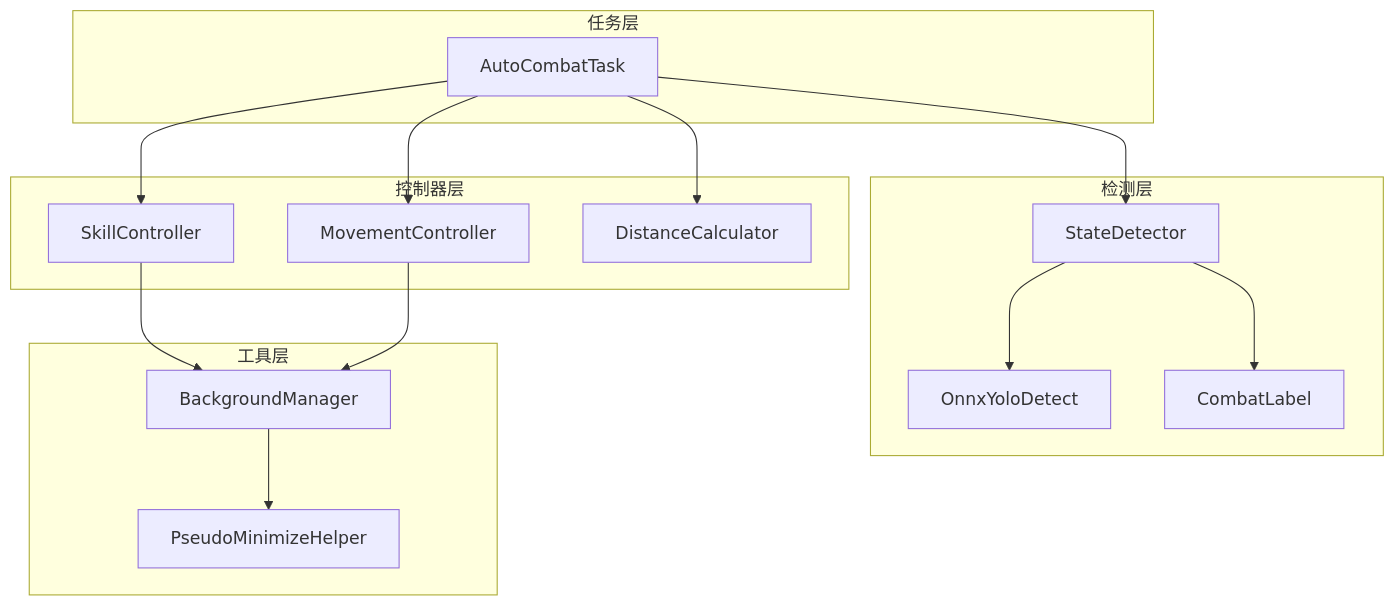
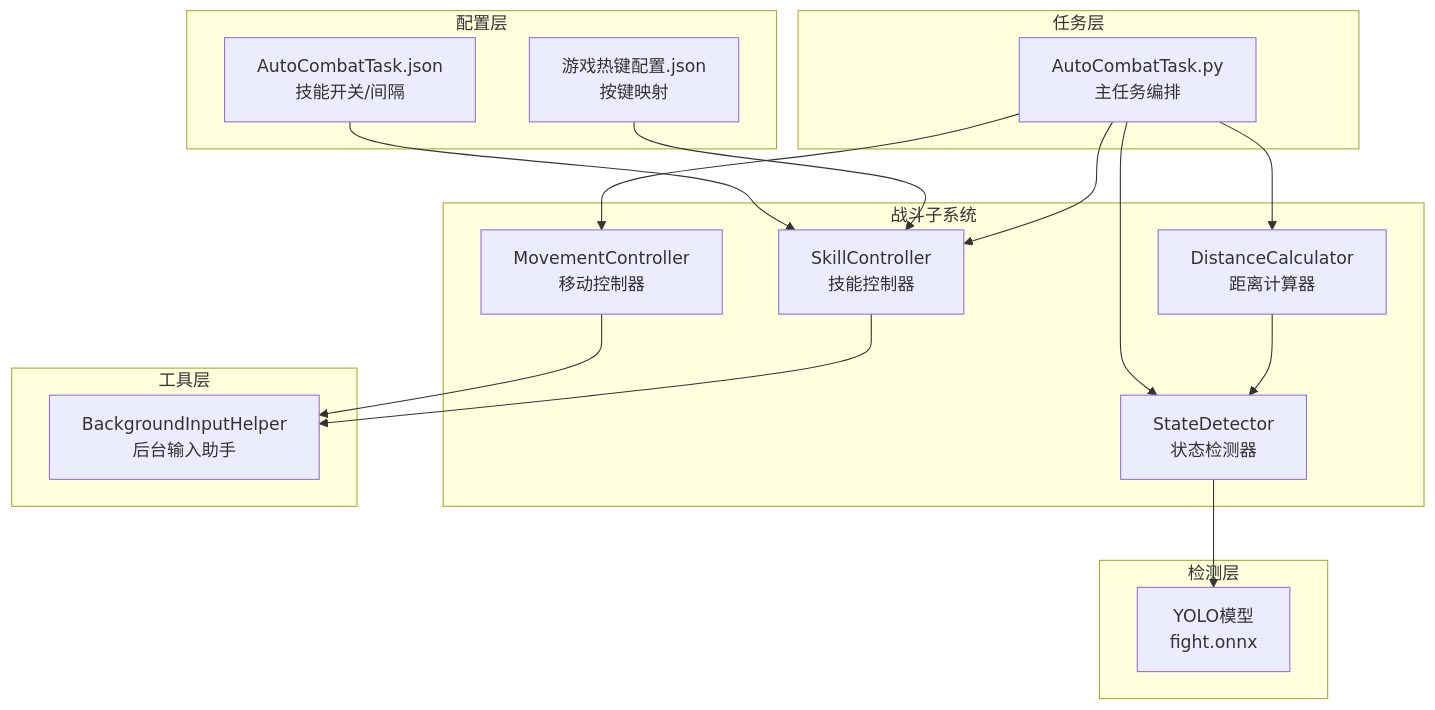
One commit to xsy098-max/ok-jump changed the first of 6 diagrams in .qoder/repowiki/zh/content/战斗系统/战斗系统.md. Above: the diagram before and after it, drawn with Mermaid. The commit also changed other lines of this file and 216 other files, not shown here.

````diff
--- a/.qoder/repowiki/zh/content/战斗系统/战斗系统.md
+++ b/.qoder/repowiki/zh/content/战斗系统/战斗系统.md
@@ -41,29 +41,32 @@
 ```mermaid
 graph TB
+subgraph "配置层"
+CFG1["AutoCombatTask.json<br/>技能开关/间隔"]
+CFG2["游戏热键配置.json<br/>按键映射"]
+end
 subgraph "任务层"
-T1[AutoCombatTask]
+T["AutoCombatTask.py<br/>主任务编排"]
 end
-subgraph "控制器层"
-C1[SkillController]
-C2[MovementController]
-C3[DistanceCalculator]
+subgraph "战斗子系统"
+SD["StateDetector<br/>状态检测器"]
+MC["MovementController<br/>移动控制器"]
+SC["SkillController<br/>技能控制器"]
+DC["DistanceCalculator<br/>距离计算器"]
+end
+subgraph "工具层"
+BIH["BackgroundInputHelper<br/>后台输入助手"]
 end
 subgraph "检测层"
-D1[StateDetector]
-D2[OnnxYoloDetect]
-D3[CombatLabel]
+YOLO["YOLO模型<br/>fight.onnx"]
 end
-subgraph "工具层"
-U1[BackgroundManager]
-U2[PseudoMinimizeHelper]
-end
-T1 --> D1
-T1 --> C2
-T1 --> C1
-T1 --> C3
-D1 --> D2
-D1 --> D3
-C1 --> U1
-C2 --> U1
-U1 --> U2
+CFG1 --> SC
+CFG2 --> SC
+T --> SD
+T --> MC
+T --> SC
+T --> DC
+SD --> YOLO
+MC --> BIH
+SC --> BIH
+DC --> SD
 ```
````
